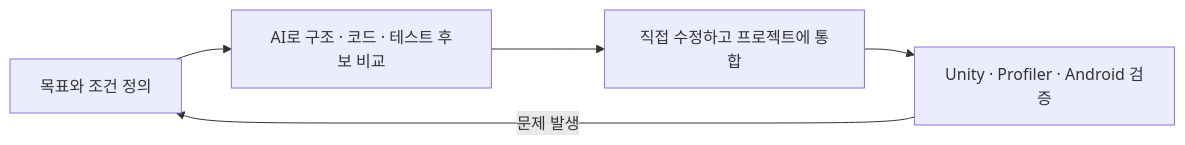
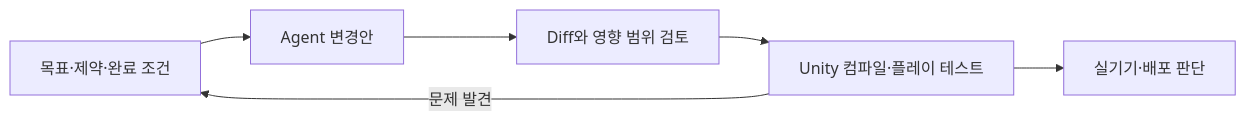
One commit to oppa073-hub/Animal-Ball-Fighter-Portfolio changed the tenth of 11 diagrams in README.md. Above: the diagram before and after it, drawn with Mermaid. The commit also changed other lines of this file and 782 other files, not shown here.

````diff
--- a/README.md
+++ b/README.md
@@ -294,7 +363,8 @@
 ```mermaid
 flowchart LR
-    A[목표와 조건 정의] --> B[AI로 구조 · 코드 · 테스트 후보 비교]
-    B --> C[직접 수정하고 프로젝트에 통합]
-    C --> D[Unity · Profiler · Android 검증]
-    D -->|문제 발생| A
+    A[목표·제약·완료 조건] --> B[Agent 변경안]
+    B --> C[Diff와 영향 범위 검토]
+    C --> D[Unity 컴파일·플레이 테스트]
+    D --> E[실기기·배포 판단]
+    D -->|문제 발견| A
 ```
````
